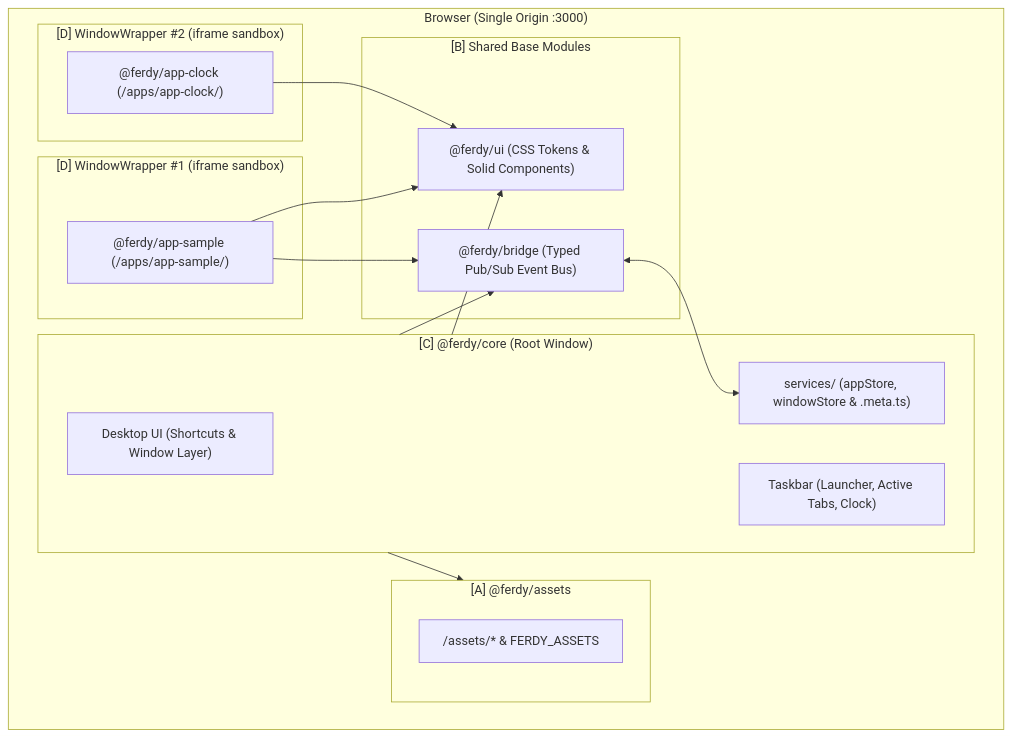
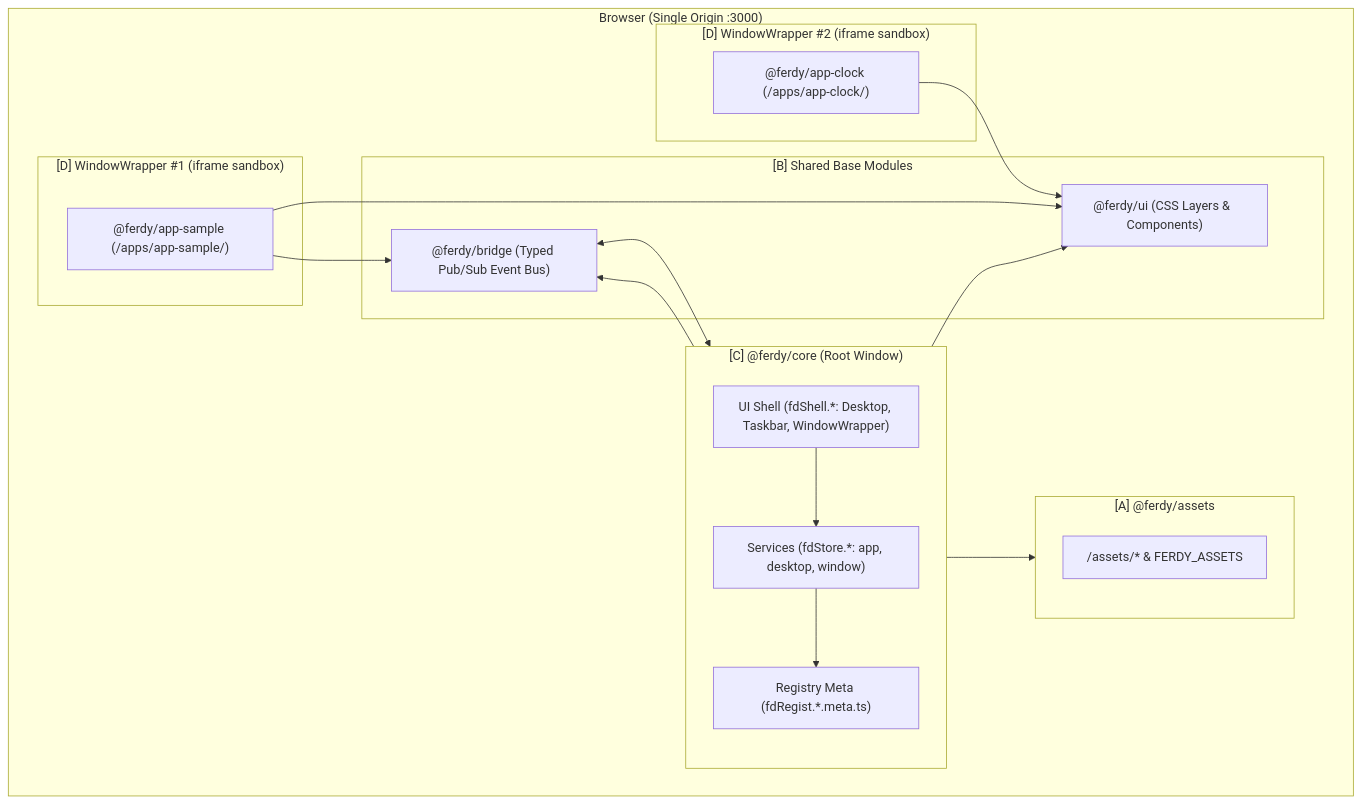
The diagram in docs/architecture.md (nicepig7/ferdyPlatter), drawn with Mermaid before and after one commit. The commit also changed other lines of this file and 1 other file, not shown here.

Commit message:
docs: align roles and sync docs/features.md and docs/architecture.md

````diff
--- a/docs/architecture.md
+++ b/docs/architecture.md
@@ -19,35 +24,37 @@
 ```mermaid
 flowchart TB
     subgraph Browser["Browser (Single Origin :3000)"]
         subgraph Core["[C] @ferdy/core (Root Window)"]
-            Desktop["Desktop UI (Shortcuts & Window Layer)"]
-            Taskbar["Taskbar (Launcher, Active Tabs, Clock)"]
-            Services["services/ (appStore, windowStore & .meta.ts)"]
+            Shell["UI Shell (fdShell.*: Desktop, Taskbar, WindowWrapper)"]
+            Services["Services (fdStore.*: app, desktop, window)"]
+            Meta["Registry Meta (fdRegist.*.meta.ts)"]
         end
 
         subgraph Base["[B] Shared Base Modules"]
-            UI["@ferdy/ui (CSS Tokens & Solid Components)"]
+            UI["@ferdy/ui (CSS Layers & <fd.*> Components)"]
             Bridge["@ferdy/bridge (Typed Pub/Sub Event Bus)"]
         end
 
         subgraph Assets["[A] @ferdy/assets"]
             Static["/assets/* & FERDY_ASSETS"]
         end
 
         subgraph Window1["[D] WindowWrapper #1 (iframe sandbox)"]
             App1["@ferdy/app-sample (/apps/app-sample/)"]
         end
 
         subgraph Window2["[D] WindowWrapper #2 (iframe sandbox)"]
             App2["@ferdy/app-clock (/apps/app-clock/)"]
         end
     end
 
+    Shell --> Services
+    Services --> Meta
     Core --> UI
     Core --> Bridge
     Core --> Assets
     App1 --> UI
     App1 --> Bridge
     App2 --> UI
-    Bridge <--> Services
+    Bridge <--> Core
 ```
````
